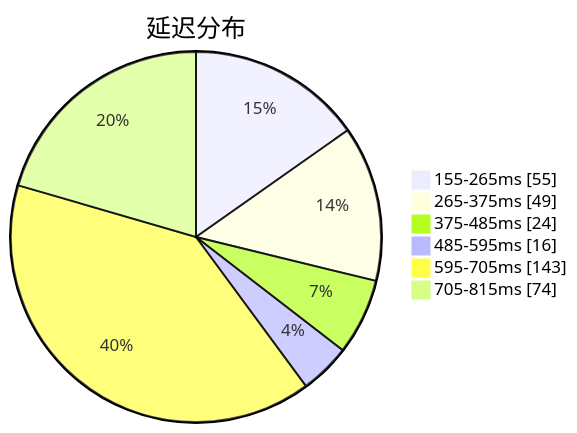
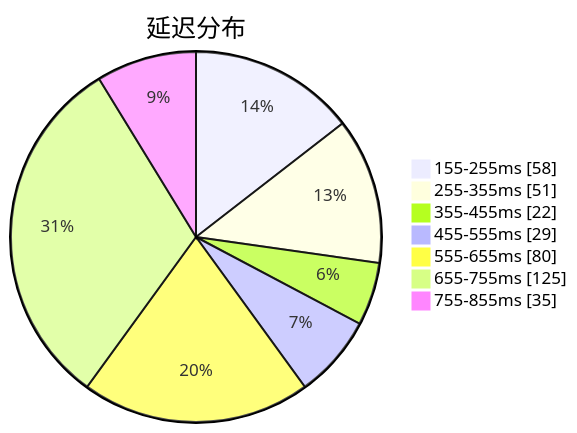
One commit to qjlxg/airport changed the first of 3 diagrams in subs/statistics/tested_within.md. Above: the diagram before and after it, drawn with Mermaid. The commit also changed other lines of this file and 2 other files, not shown here.

````diff
--- a/subs/statistics/tested_within.md
+++ b/subs/statistics/tested_within.md
@@ -2,10 +2,11 @@
 ```mermaid
 pie showData
 title 延迟分布
-"155-265ms" : 55
-"265-375ms" : 49
-"375-485ms" : 24
-"485-595ms" : 16
-"595-705ms" : 143
-"705-815ms" : 74
+"155-255ms" : 58
+"255-355ms" : 51
+"355-455ms" : 22
+"455-555ms" : 29
+"555-655ms" : 80
+"655-755ms" : 125
+"755-855ms" : 35
 ```
````
